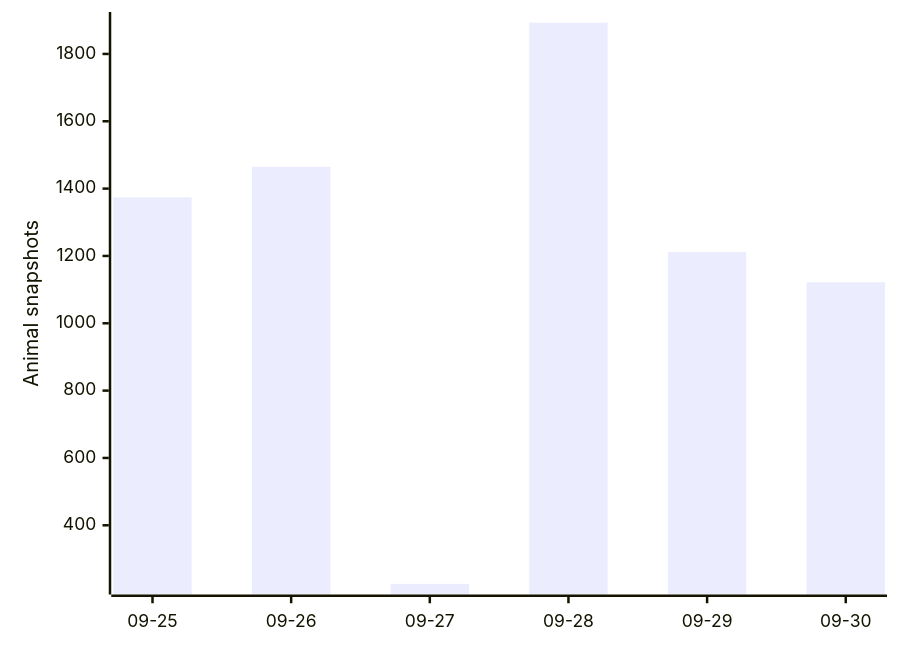
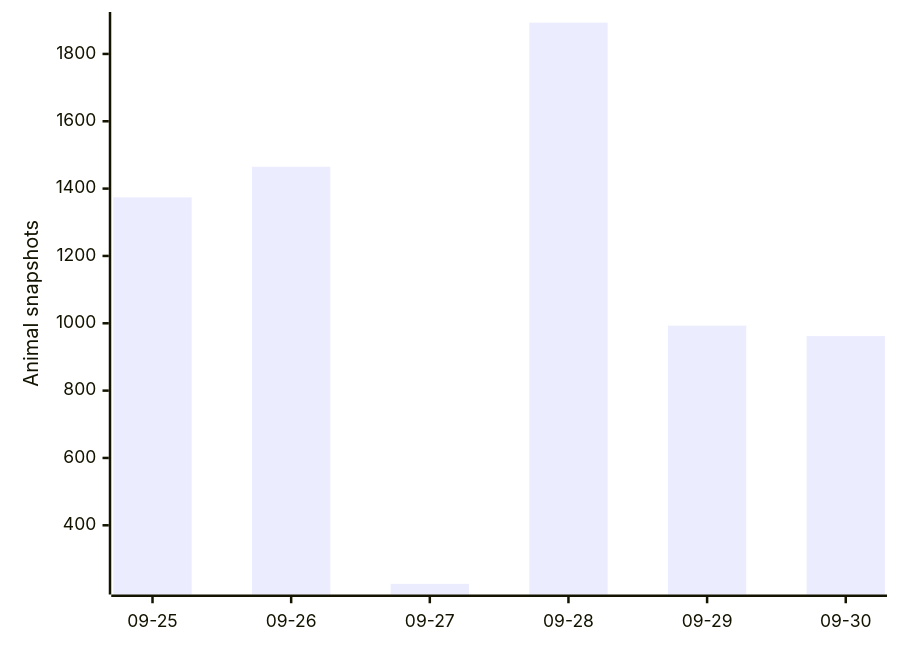
The first of 3 diagrams in README.md (joshuafrommeyer-35/PierTracker), drawn with Mermaid before and after one commit. The commit also changed other lines of this file and 17 other files, not shown here.

````diff
--- a/README.md
+++ b/README.md
@@ -124,6 +128,6 @@
 ```mermaid
 xychart-beta
     x-axis ["09-25", "09-26", "09-27", "09-28", "09-29", "09-30"]
     y-axis "Animal snapshots"
-    bar [1374, 1465, 226, 1893, 1212, 1122]
+    bar [1374, 1465, 226, 1893, 993, 962]
 ```
````
